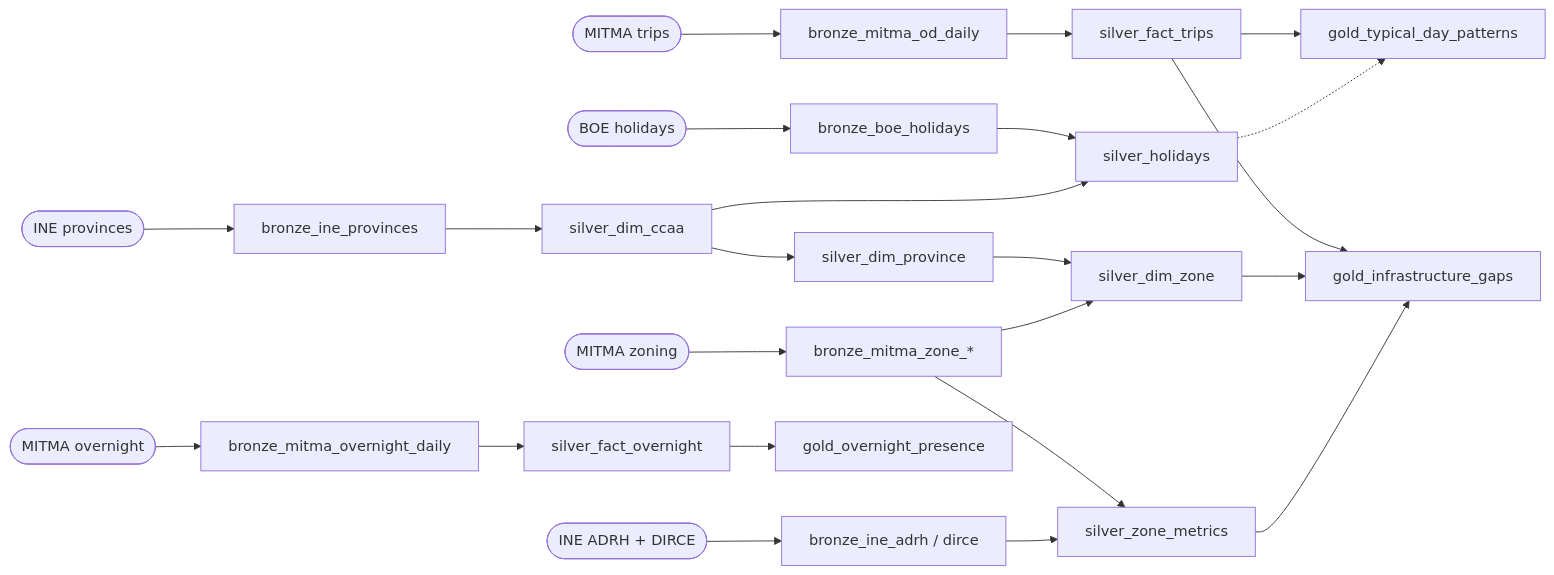
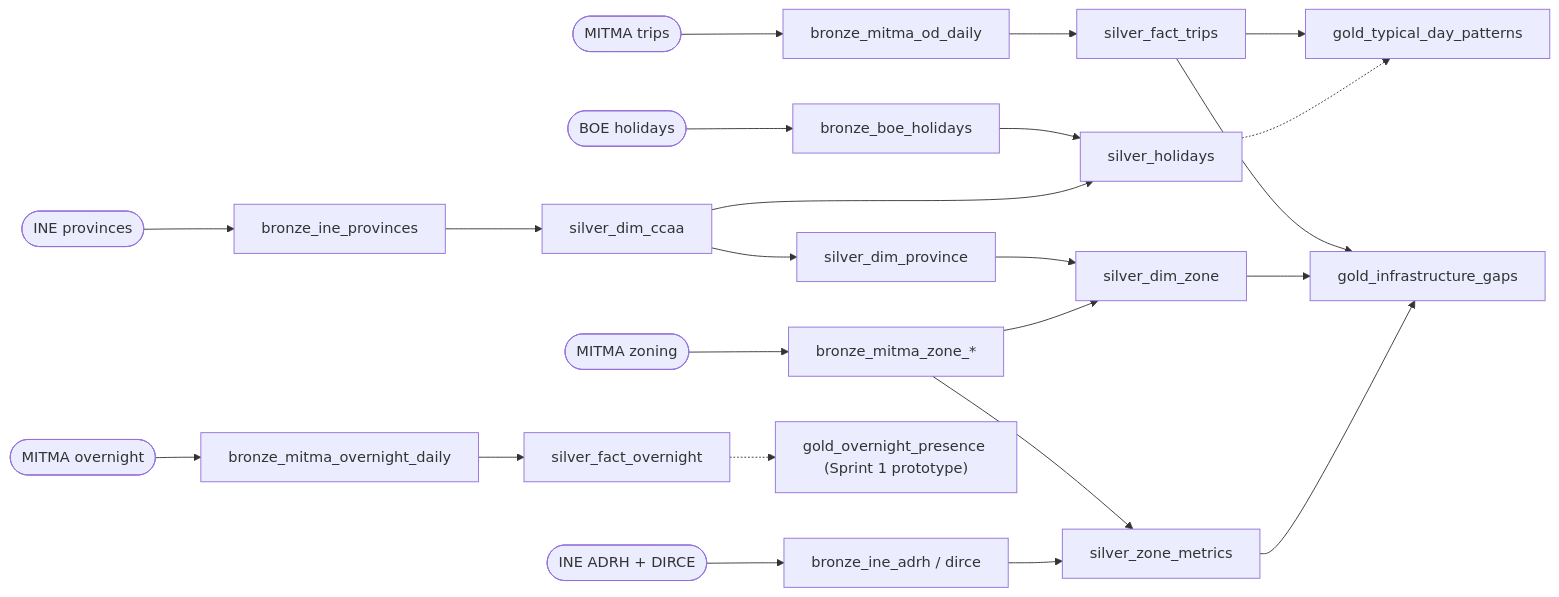
Before and after one commit to Enric343/mobility_lakehouse: the first of 2 diagrams in docs/lakehouse.md, drawn with Mermaid. The commit also changed other lines of this file and 19 other files, not shown here.

````diff
--- a/docs/lakehouse.md
+++ b/docs/lakehouse.md
@@ -35,18 +41,18 @@
 ```mermaid
 flowchart LR
     R1([MITMA trips]) --> B1[bronze_mitma_od_daily] --> F1[silver_fact_trips]
     R2([MITMA overnight]) --> B2[bronze_mitma_overnight_daily] --> F2[silver_fact_overnight]
     R5([BOE holidays]) --> B5[bronze_boe_holidays] --> D3[silver_holidays]
     R7([INE provinces]) --> B7[bronze_ine_provinces] --> D6[silver_dim_ccaa] --> D5[silver_dim_province]
     D6 --> D3
     D5 --> D1[silver_dim_zone]
     R3([MITMA zoning]) --> B3[bronze_mitma_zone_*] --> D1
     B3 --> F3[silver_zone_metrics]
     R4([INE ADRH + DIRCE]) --> B4[bronze_ine_adrh / dirce] --> F3
     F1 --> G1[gold_typical_day_patterns]
     D3 -.-> G1
     F1 --> G2[gold_infrastructure_gaps]
     D1 --> G2
     F3 --> G2
-    F2 --> G3[gold_overnight_presence]
+    F2 -.-> G3["gold_overnight_presence (Sprint 1 prototype)"]
 ```
````
